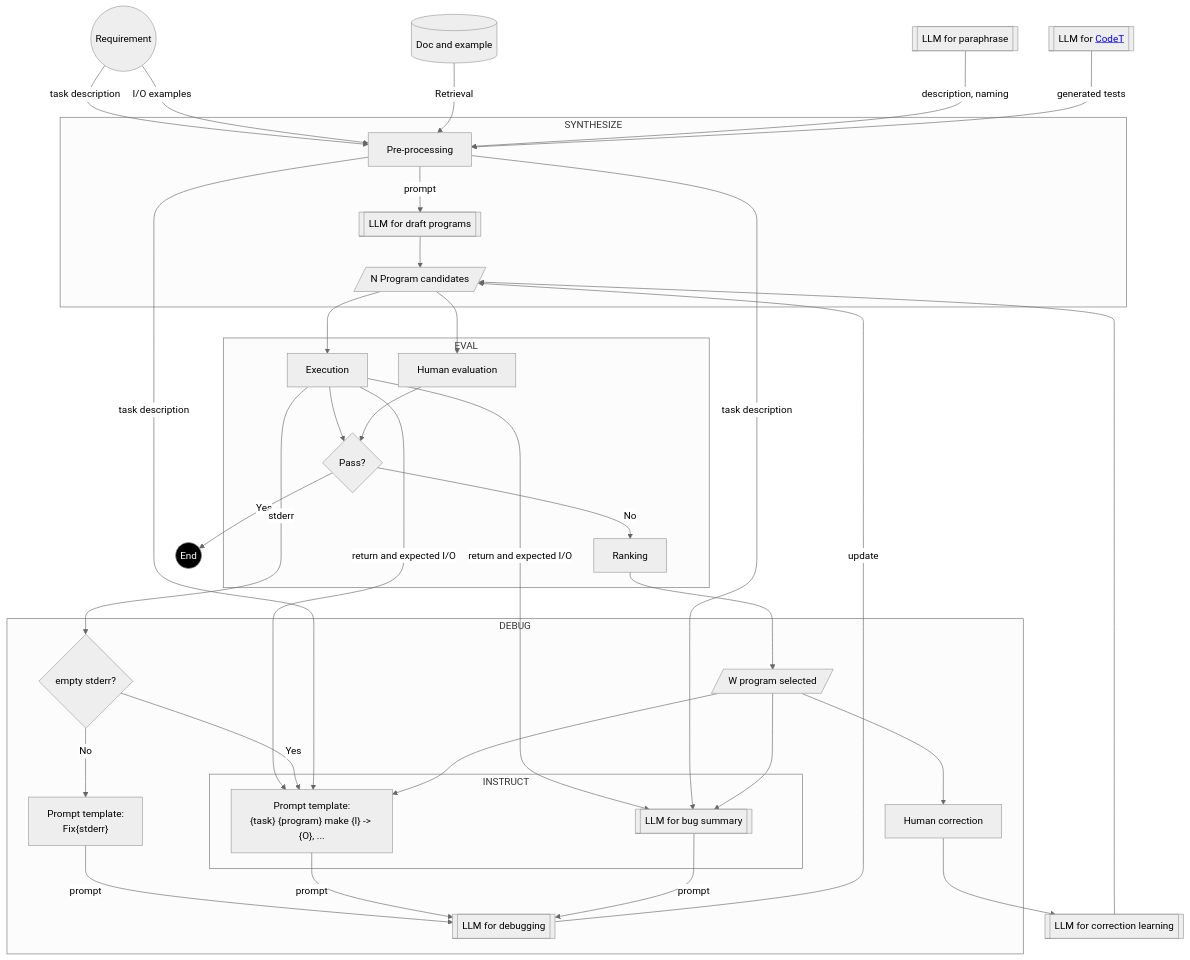
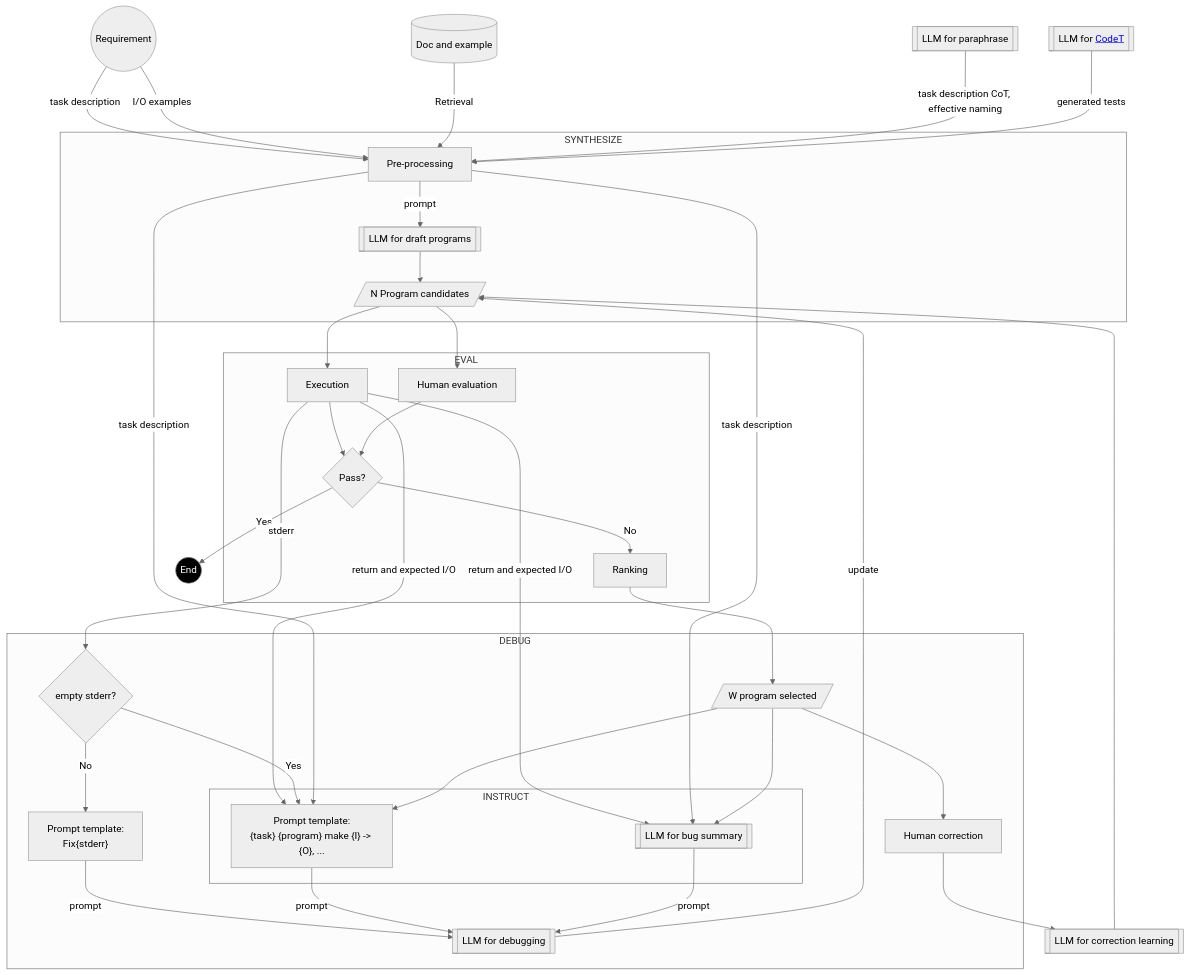
The second of 2 diagrams in Code-Generation.md (AI-LLM/ai-llm.github.io), drawn with Mermaid (neutral theme) before and after one commit.

````diff
--- a/Code-Generation.md
+++ b/Code-Generation.md
@@ -62,49 +62,49 @@
 ```mermaid
 graph TD;
 classDef INV fill:black,color:white;
 S((Requirement)) -- task description --> Pre-processing
 S -- I/O examples --> Pre-processing
 doc[(Doc and example)] -- Retrieval --> Pre-processing
-LLMparaphrase[[LLM for paraphrase]] -- description, naming --> Pre-processing
+LLMparaphrase[[LLM for paraphrase]] -- task description CoT, effective naming --> Pre-processing
 LLMcodet[["LLM for <a href='https://arxiv.org/pdf/2207.10397v2.pdf'>CodeT</a>"]] -- generated tests --> Pre-processing
 
 subgraph SYNTHESIZE
 Pre-processing -- prompt --> LLMsynth[[LLM for draft programs]]
 LLMsynth --> PN[/N Program candidates/]
 end
 
 PN --> Execution
 PN --> Evaluation[Human evaluation]
 
 subgraph EVAL
 Execution --> Suc{Pass?} -- No -->Ranking
 Evaluation --> Suc
 end
 
 Suc -- Yes --> End((End));class End INV
 Ranking --> PS[/W program selected/]
 
 subgraph DEBUG
 Execution -- stderr --> noerr{empty stderr?}
 noerr -- No --> PT1["Prompt template:\nFix{stderr}"] 
 PT1 -- prompt --> LLMdebug
 subgraph INSTRUCT
 PT2["Prompt template:\n{task} {program} make {I} -> {O}, ..."]
 LLMsum[[LLM for bug summary]]
 end
 Execution -- return and expected I/O --> PT2
 Execution -- return and expected I/O --> LLMsum
 noerr -- Yes --> PT2
 Pre-processing -- task description --> PT2
 Pre-processing -- task description --> LLMsum
 PS --> PT2
 PS --> LLMsum
 PT2 -- prompt --> LLMdebug[[LLM for debugging]]
 LLMsum -- prompt --> LLMdebug
 PS --> Correction[Human correction]
 LLMdebug -- update --> PN
 end
 
 Correction --> LLMcorrect[[LLM for correction learning]]
 LLMcorrect --> PN
 ```
````
